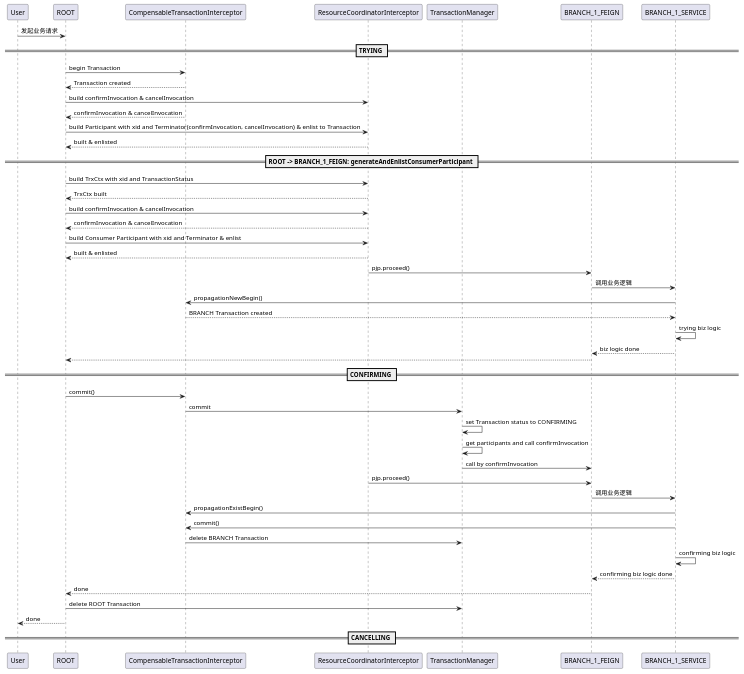
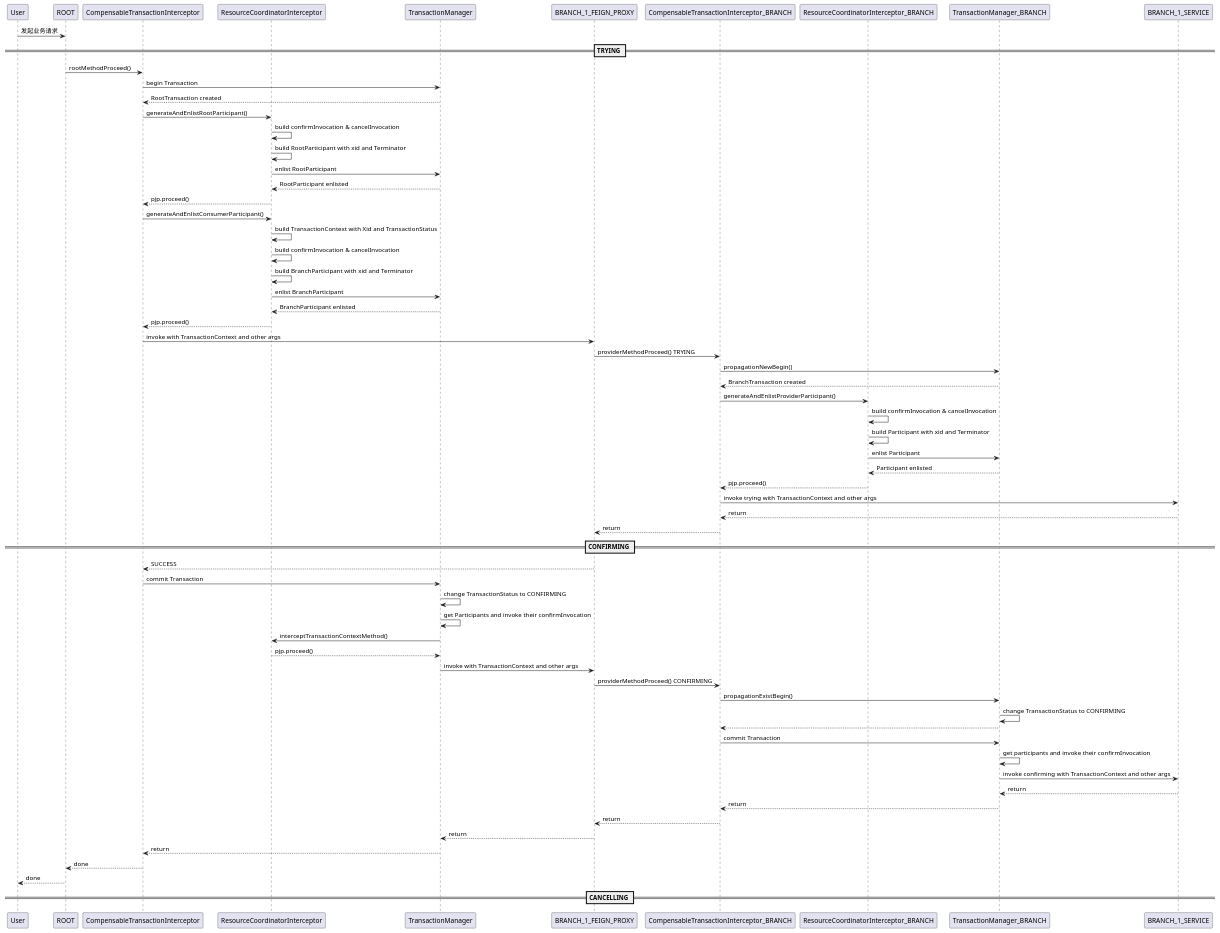
One commit to I-Love-China/distributed-transaction-process-typist changed the diagram in tcc-transaction/doc/seq.tcc.puml. Above: the diagram before and after it, drawn with PlantUML.

Commit message:
Learning:TRYING、CANCELLING 时序图

```diff
--- a/tcc-transaction/doc/seq.tcc.puml
+++ b/tcc-transaction/doc/seq.tcc.puml
@@ -1,65 +1,88 @@
 @startuml
 'https://plantuml.com/sequence-diagram
 participant User
 participant ROOT
-participant CompensableTransactionInterceptor as COMP_IPTR
-participant ResourceCoordinatorInterceptor as RC_ITPR
-participant TransactionManager as TrxManager
-participant BRANCH_1_FEIGN
+
+participant CompensableTransactionInterceptor as COMP_IPTR_ROOT
+participant ResourceCoordinatorInterceptor as RC_ITPR_ROOT
+participant TransactionManager as TrxManager_Root
+participant BRANCH_1_FEIGN_PROXY
+participant CompensableTransactionInterceptor_BRANCH as COMP_IPTR_BRANCH
+participant ResourceCoordinatorInterceptor_BRANCH as RC_ITPR_BRANCH
+participant TransactionManager_BRANCH as TrxManager_BRANCH
 participant BRANCH_1_SERVICE
 
 User -> ROOT: 发起业务请求
 
 == TRYING ==
-ROOT -> COMP_IPTR: begin Transaction
-ROOT <-- COMP_IPTR: Transaction created
-ROOT -> RC_ITPR: build confirmInvocation & cancelInvocation
-ROOT <-- COMP_IPTR: confirmInvocation & cancelInvocation
-ROOT -> RC_ITPR: build Participant with xid and Terminator(confirmInvocation, cancelInvocation) & enlist to Transaction
-ROOT <-- RC_ITPR: built & enlisted
-
-== ROOT -> BRANCH_1_FEIGN: generateAndEnlistConsumerParticipant ==
-ROOT -> RC_ITPR: build TrxCtx with xid and TransactionStatus
-ROOT <-- RC_ITPR: TrxCtx built
-ROOT -> RC_ITPR: build confirmInvocation & cancelInvocation
-ROOT <-- RC_ITPR: confirmInvocation & cancelInvocation
-ROOT -> RC_ITPR: build Consumer Participant with xid and Terminator & enlist
-ROOT <-- RC_ITPR: built & enlisted
-
-' 此时 BRANCH_1_FEIGN 应该是 MethodType.NORMAL，所以不会被 TccCompensableAspect 拦截
-BRANCH_1_FEIGN <- RC_ITPR: pjp.proceed()
-BRANCH_1_FEIGN -> BRANCH_1_SERVICE: 调用业务逻辑
-
-' 此时 BRANCH_1_SERVICE 是 MethodType.PROVIDER, providerMethodProceed
-BRANCH_1_SERVICE -> COMP_IPTR: propagationNewBegin()
-BRANCH_1_SERVICE <-- COMP_IPTR: BRANCH Transaction created
-BRANCH_1_SERVICE -> BRANCH_1_SERVICE: trying biz logic
-BRANCH_1_SERVICE --> BRANCH_1_FEIGN: biz logic done
-
-BRANCH_1_FEIGN --> ROOT:
+' 1.1.1 TccCompensableAspect BEFORE
+ROOT -> COMP_IPTR_ROOT: rootMethodProceed()
+COMP_IPTR_ROOT -> TrxManager_Root: begin Transaction
+COMP_IPTR_ROOT <-- TrxManager_Root: RootTransaction created
 
 
+' 1.1.2 TccTransactionContextAspect BEFORE
+COMP_IPTR_ROOT -> RC_ITPR_ROOT: generateAndEnlistRootParticipant()
+RC_ITPR_ROOT -> RC_ITPR_ROOT: build confirmInvocation & cancelInvocation
+RC_ITPR_ROOT -> RC_ITPR_ROOT: build RootParticipant with xid and Terminator
+RC_ITPR_ROOT -> TrxManager_Root: enlist RootParticipant
+RC_ITPR_ROOT <-- TrxManager_Root: RootParticipant enlisted
+RC_ITPR_ROOT --> COMP_IPTR_ROOT: pjp.proceed()
+
+' 1.1.3 ROOT 调用 BRANCH TRANSACTION
+' 1.1.3.1 首先 TccTransactionContextAspect BEFORE
+COMP_IPTR_ROOT -> RC_ITPR_ROOT: generateAndEnlistConsumerParticipant()
+RC_ITPR_ROOT -> RC_ITPR_ROOT: build TransactionContext with Xid and TransactionStatus
+RC_ITPR_ROOT -> RC_ITPR_ROOT: build confirmInvocation & cancelInvocation
+RC_ITPR_ROOT -> RC_ITPR_ROOT: build BranchParticipant with xid and Terminator
+RC_ITPR_ROOT -> TrxManager_Root: enlist BranchParticipant
+RC_ITPR_ROOT <-- TrxManager_Root: BranchParticipant enlisted
+RC_ITPR_ROOT --> COMP_IPTR_ROOT: pjp.proceed()
+
+COMP_IPTR_ROOT -> BRANCH_1_FEIGN_PROXY: invoke with TransactionContext and other args
+
+BRANCH_1_FEIGN_PROXY -> COMP_IPTR_BRANCH: providerMethodProceed() TRYING
+COMP_IPTR_BRANCH -> TrxManager_BRANCH: propagationNewBegin()
+COMP_IPTR_BRANCH <-- TrxManager_BRANCH: BranchTransaction created
+COMP_IPTR_BRANCH -> RC_ITPR_BRANCH: generateAndEnlistProviderParticipant()
+RC_ITPR_BRANCH -> RC_ITPR_BRANCH: build confirmInvocation & cancelInvocation
+' todo 这里的 Participant
+RC_ITPR_BRANCH -> RC_ITPR_BRANCH: build Participant with xid and Terminator
+RC_ITPR_BRANCH -> TrxManager_BRANCH: enlist Participant
+RC_ITPR_BRANCH <-- TrxManager_BRANCH: Participant enlisted
+RC_ITPR_BRANCH --> COMP_IPTR_BRANCH: pjp.proceed()
+
+COMP_IPTR_BRANCH -> BRANCH_1_SERVICE: invoke trying with TransactionContext and other args
+COMP_IPTR_BRANCH <-- BRANCH_1_SERVICE: return
+COMP_IPTR_BRANCH --> BRANCH_1_FEIGN_PROXY: return
 == CONFIRMING ==
-ROOT -> COMP_IPTR: commit()
-COMP_IPTR -> TrxManager: commit
-TrxManager -> TrxManager: set Transaction status to CONFIRMING
-TrxManager -> TrxManager: get participants and call confirmInvocation
+BRANCH_1_FEIGN_PROXY --> COMP_IPTR_ROOT: SUCCESS
+COMP_IPTR_ROOT -> TrxManager_Root: commit Transaction
+TrxManager_Root -> TrxManager_Root: change TransactionStatus to CONFIRMING
+TrxManager_Root -> TrxManager_Root: get Participants and invoke their confirmInvocation
 
-' 此时 BRANCH_1_FEIGN 是 NORMAL
-TrxManager -> BRANCH_1_FEIGN: call by confirmInvocation
-BRANCH_1_FEIGN <- RC_ITPR: pjp.proceed()
-BRANCH_1_FEIGN -> BRANCH_1_SERVICE: 调用业务逻辑
+' invoke BRANCH_1_FEIGN_PROXY
+TrxManager_Root -> RC_ITPR_ROOT: interceptTransactionContextMethod()
+' 此时 TransactionContext != null，此时 MethodType 为 NORMAL ！！！
+TrxManager_Root <-- RC_ITPR_ROOT: pjp.proceed()
+TrxManager_Root -> BRANCH_1_FEIGN_PROXY: invoke with TransactionContext and other args
+BRANCH_1_FEIGN_PROXY -> COMP_IPTR_BRANCH: providerMethodProceed() CONFIRMING
+COMP_IPTR_BRANCH -> TrxManager_BRANCH: propagationExistBegin()
+TrxManager_BRANCH -> TrxManager_BRANCH: change TransactionStatus to CONFIRMING
+TrxManager_BRANCH --> COMP_IPTR_BRANCH:
+COMP_IPTR_BRANCH -> TrxManager_BRANCH: commit Transaction
+' 这里只有一个 Participant，就是 BranchTransaction 自己
+TrxManager_BRANCH -> TrxManager_BRANCH: get participants and invoke their confirmInvocation
+TrxManager_BRANCH -> BRANCH_1_SERVICE: invoke confirming with TransactionContext and other args
+TrxManager_BRANCH <-- BRANCH_1_SERVICE: return
+TrxManager_BRANCH --> COMP_IPTR_BRANCH: return
+COMP_IPTR_BRANCH --> BRANCH_1_FEIGN_PROXY: return
 
-BRANCH_1_SERVICE -> COMP_IPTR: propagationExistBegin()
-BRANCH_1_SERVICE -> COMP_IPTR: commit()
-COMP_IPTR -> TrxManager: delete BRANCH Transaction
-BRANCH_1_SERVICE -> BRANCH_1_SERVICE: confirming biz logic
-BRANCH_1_SERVICE --> BRANCH_1_FEIGN: confirming biz logic done
-BRANCH_1_FEIGN --> ROOT: done
-
-ROOT -> TrxManager: delete ROOT Transaction
+BRANCH_1_FEIGN_PROXY --> TrxManager_Root: return
+TrxManager_Root --> COMP_IPTR_ROOT: return
+COMP_IPTR_ROOT --> ROOT: done
 ROOT --> User: done
 
 == CANCELLING ==
 
 @enduml
```
